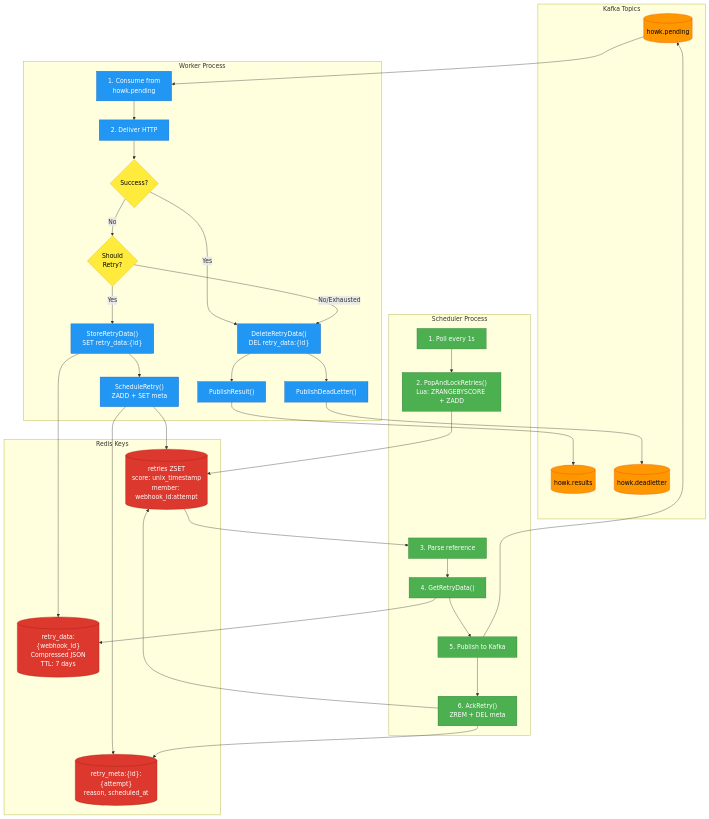
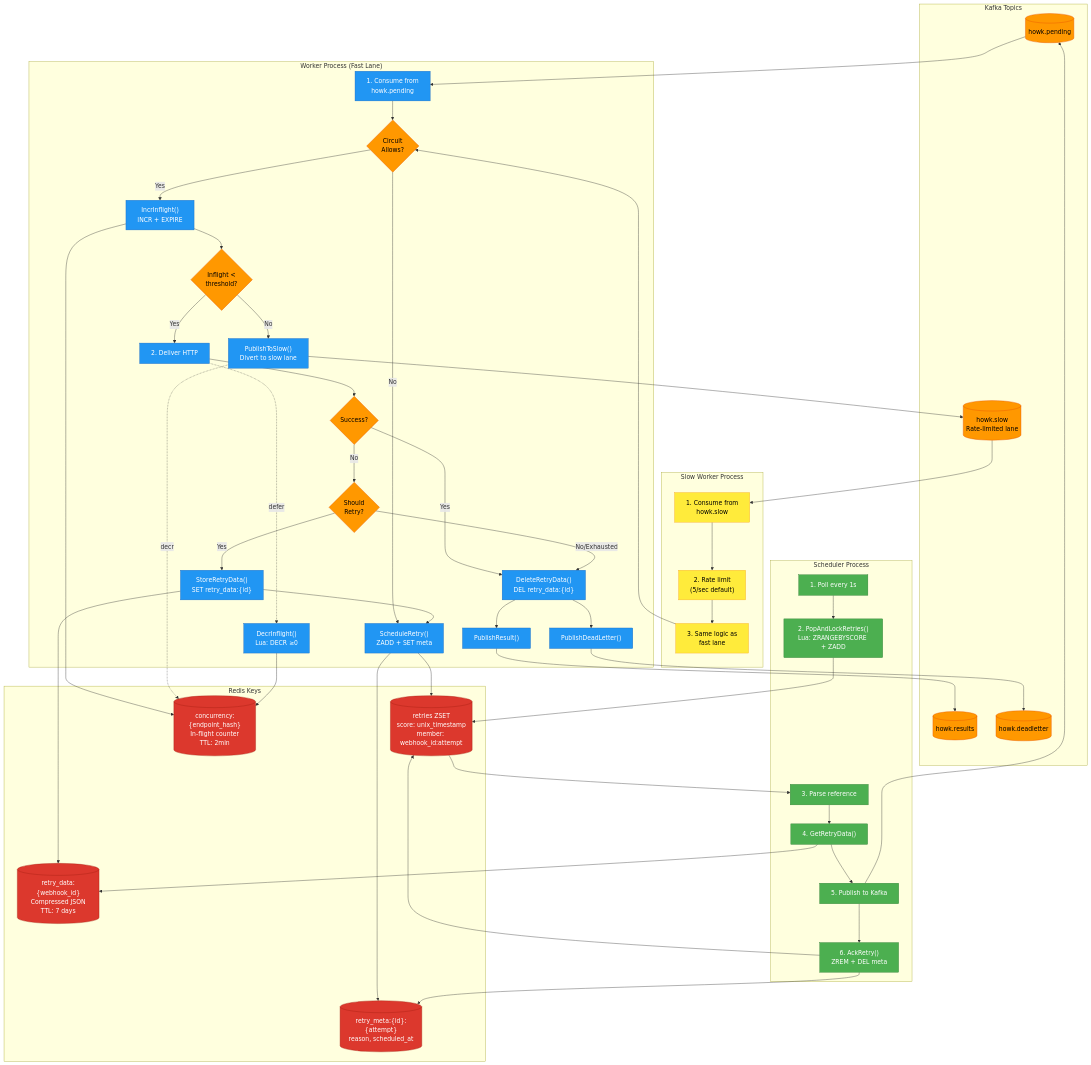
Before and after one commit to renatocron/howk: the first of 4 diagrams in README.md, drawn with Mermaid. The commit also changed other lines of this file, not shown here.

````diff
--- a/README.md
+++ b/README.md
@@ -79,6 +85,7 @@
 flowchart TB
     subgraph Kafka["Kafka Topics"]
         PENDING[("howk.pending")]
+        SLOW[("howk.slow<br/>Rate-limited lane")]
         RESULTS[("howk.results")]
         DLQ[("howk.deadletter")]
     end
@@ -87,11 +94,16 @@
         DATA[("retry_data:{webhook_id}<br/>Compressed JSON<br/>TTL: 7 days")]
         ZSET[("retries ZSET<br/>score: unix_timestamp<br/>member: webhook_id:attempt")]
         META[("retry_meta:{id}:{attempt}<br/>reason, scheduled_at")]
+        CONC[("concurrency:{endpoint_hash}<br/>In-flight counter<br/>TTL: 2min")]
     end
 
-    subgraph Worker["Worker Process"]
+    subgraph Worker["Worker Process (Fast Lane)"]
         W_CONSUME["1. Consume from<br/>howk.pending"]
+        W_CHECK_CB{"Circuit<br/>Allows?"}
+        W_CHECK_CONC{"Inflight &lt;<br/>threshold?"}
+        W_INCR["IncrInflight()<br/>INCR + EXPIRE"]
         W_DELIVER["2. Deliver HTTP"]
+        W_DECR["DecrInflight()<br/>Lua: DECR ≥0"]
         W_SUCCESS{"Success?"}
         W_RETRY{"Should<br/>Retry?"}
         W_STORE["StoreRetryData()<br/>SET retry_data:{id}"]
@@ -99,6 +111,13 @@
         W_CLEANUP["DeleteRetryData()<br/>DEL retry_data:{id}"]
         W_PUBLISH_OK["PublishResult()"]
         W_PUBLISH_DLQ["PublishDeadLetter()"]
+        W_PUBLISH_SLOW["PublishToSlow()<br/>Divert to slow lane"]
+    end
+
+    subgraph SlowWorker["Slow Worker Process"]
+        SW_CONSUME["1. Consume from<br/>howk.slow"]
+        SW_RATE["2. Rate limit<br/>(5/sec default)"]
+        SW_REUSE["3. Same logic as<br/>fast lane"]
     end
 
     subgraph Scheduler["Scheduler Process"]
@@ -111,8 +130,20 @@
     end
 
     PENDING --> W_CONSUME
-    W_CONSUME --> W_DELIVER
+    W_CONSUME --> W_CHECK_CB
+    W_CHECK_CB -->|No| W_SCHEDULE
+    W_CHECK_CB -->|Yes| W_INCR
+    W_INCR --> CONC
+    W_INCR --> W_CHECK_CONC
+    
+    W_CHECK_CONC -->|Yes| W_DELIVER
+    W_CHECK_CONC -->|No| W_PUBLISH_SLOW
+    W_PUBLISH_SLOW --> SLOW
+    W_PUBLISH_SLOW -.->|decr| CONC
+    
     W_DELIVER --> W_SUCCESS
+    W_DELIVER -.->|defer| W_DECR
+    W_DECR --> CONC
     
     W_SUCCESS -->|Yes| W_CLEANUP
     W_CLEANUP --> W_PUBLISH_OK
@@ -129,6 +160,11 @@
     W_CLEANUP --> W_PUBLISH_DLQ
     W_PUBLISH_DLQ --> DLQ
 
+    SLOW --> SW_CONSUME
+    SW_CONSUME --> SW_RATE
+    SW_RATE --> SW_REUSE
+    SW_REUSE --> W_CHECK_CB
+
     S_POLL --> S_POP
     S_POP --> ZSET
     ZSET --> S_PARSE
@@ -143,12 +179,14 @@
     classDef kafka fill:#ff9800,stroke:#e65100,color:#000
     classDef redis fill:#dc382d,stroke:#a41e11,color:#fff
     classDef worker fill:#2196f3,stroke:#1565c0,color:#fff
+    classDef slowworker fill:#ffeb3b,stroke:#f9a825,color:#000
     classDef scheduler fill:#4caf50,stroke:#2e7d32,color:#fff
-    classDef decision fill:#ffeb3b,stroke:#f9a825,color:#000
+    classDef decision fill:#ff9800,stroke:#e65100,color:#000
 
-    class PENDING,RESULTS,DLQ kafka
-    class DATA,ZSET,META redis
-    class W_CONSUME,W_DELIVER,W_STORE,W_SCHEDULE,W_CLEANUP,W_PUBLISH_OK,W_PUBLISH_DLQ worker
+    class PENDING,SLOW,RESULTS,DLQ kafka
+    class DATA,ZSET,META,CONC redis
+    class W_CONSUME,W_DELIVER,W_STORE,W_SCHEDULE,W_CLEANUP,W_PUBLISH_OK,W_PUBLISH_DLQ,W_INCR,W_DECR,W_PUBLISH_SLOW worker
+    class SW_CONSUME,SW_RATE,SW_REUSE slowworker
     class S_POLL,S_POP,S_PARSE,S_FETCH,S_PUBLISH,S_ACK scheduler
-    class W_SUCCESS,W_RETRY decision
+    class W_SUCCESS,W_RETRY,W_CHECK_CB,W_CHECK_CONC decision
 ```
````
